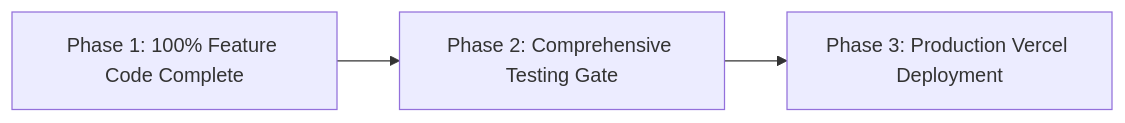
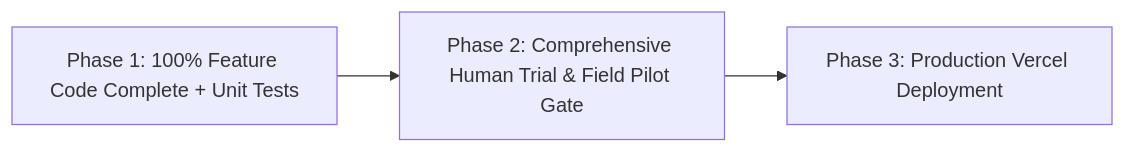
Before and after one commit to ricardojjulia/ChurchCore-Business: the diagram in docs/council/COUNCIL-2026-005.md, drawn with Mermaid. The commit also changed other lines of this file and 28 other files, not shown here.

Commit message:
fix(governance): clarify Phase 1 automated tests vs Phase 2 human trial testing gate across all repos

````diff
--- a/docs/council/COUNCIL-2026-005.md
+++ b/docs/council/COUNCIL-2026-005.md
@@ -19,5 +19,5 @@
 ```mermaid
 graph LR
-    P1[Phase 1: 100% Feature Code Complete] --> P2[Phase 2: Comprehensive Testing Gate]
+    P1[Phase 1: 100% Feature Code Complete + Unit Tests] --> P2[Phase 2: Comprehensive Human Trial & Field Pilot Gate]
     P2 --> P3[Phase 3: Production Vercel Deployment]
 ```
````
